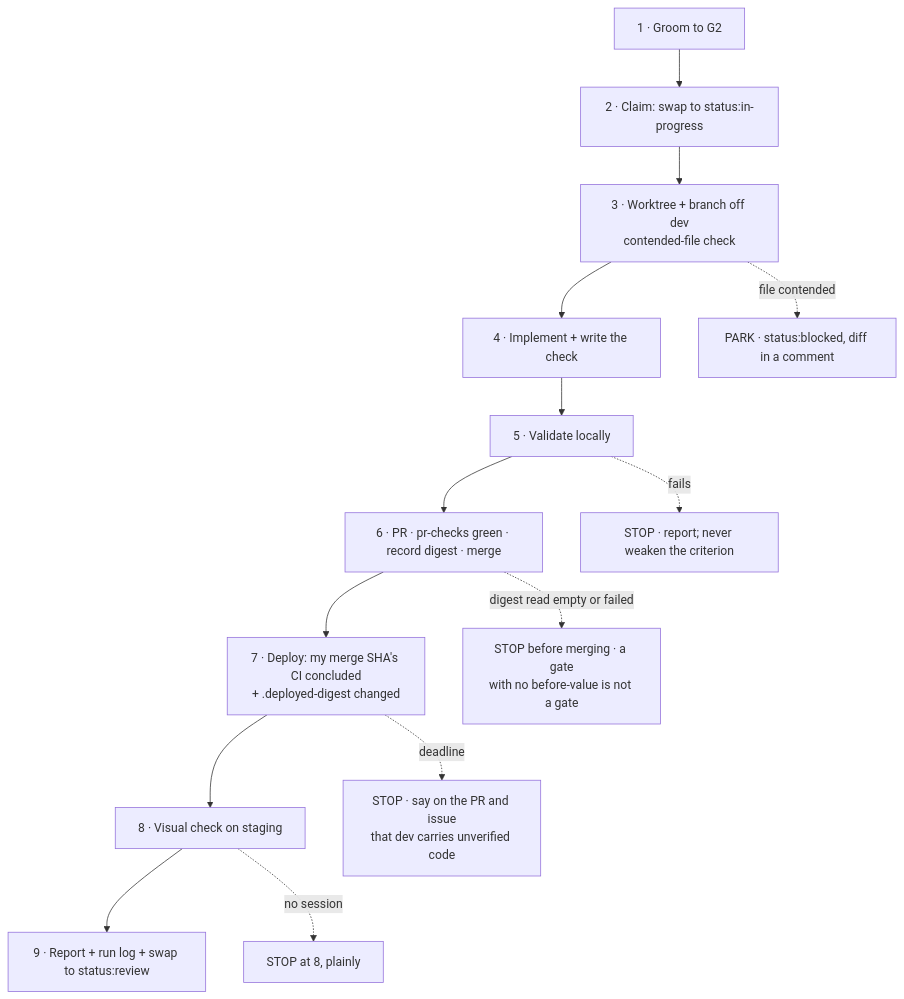
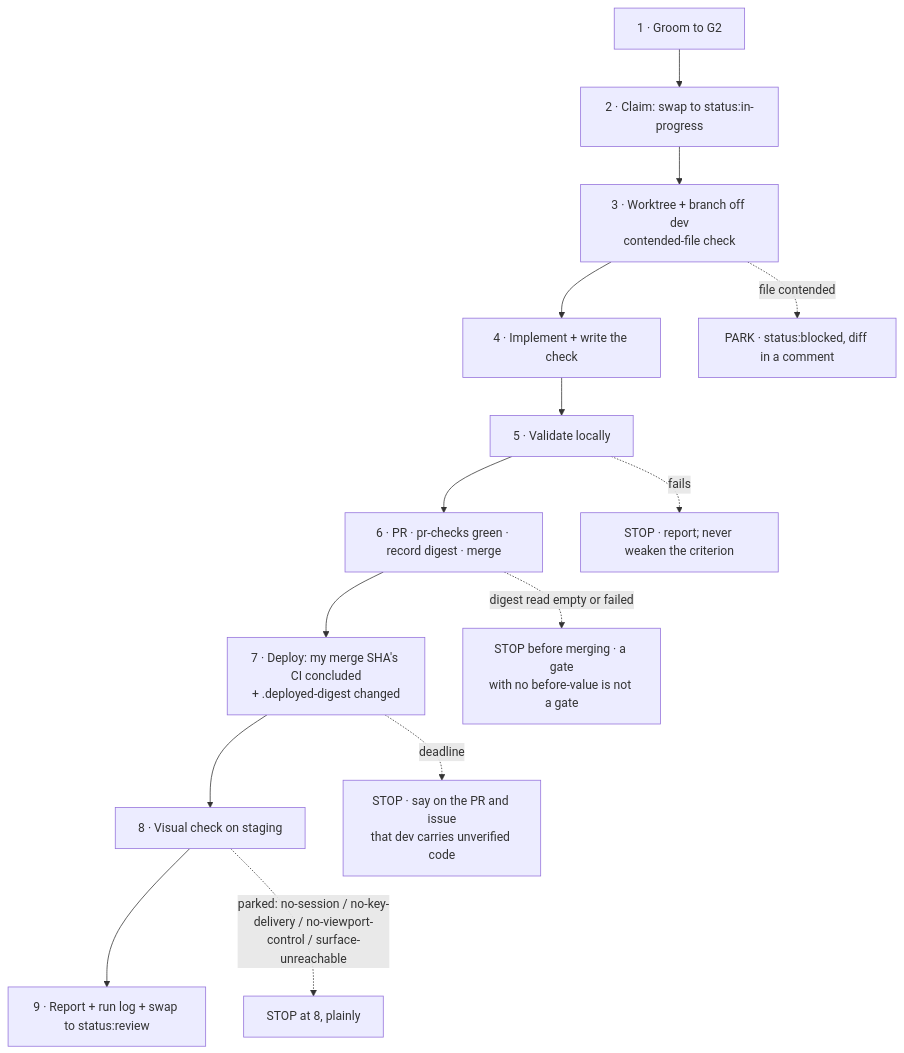
One commit to waqaskhan137/mdreview-service changed the diagram in docs/process/autonomous-run.md. Above: the diagram before and after it, drawn with Mermaid. The commit also changed other lines of this file and 1 other file, not shown here.

First line of the commit message:
docs(process): one stage-8 conclusion, permitted-headless half, taxonomy mermaid edge (#299)

````diff
--- a/docs/process/autonomous-run.md
+++ b/docs/process/autonomous-run.md
@@ -57,16 +57,16 @@
 ```mermaid
 flowchart TD
   S1["1 · Groom to G2"] --> S2["2 · Claim: swap to status:in-progress"]
   S2 --> S3["3 · Worktree + branch off dev<br/>contended-file check"]
   S3 --> S4["4 · Implement + write the check"]
   S4 --> S5["5 · Validate locally"]
   S5 --> S6["6 · PR · pr-checks green · record digest · merge"]
   S6 --> S7["7 · Deploy: my merge SHA's CI concluded<br/>+ .deployed-digest changed"]
   S7 --> S8["8 · Visual check on staging"]
   S8 --> S9["9 · Report + run log + swap to status:review"]
   S3 -.file contended.-> PARK["PARK · status:blocked, diff in a comment"]
   S5 -.fails.-> STOP["STOP · report; never weaken the criterion"]
   S6 -.digest read empty or failed.-> NODIGEST["STOP before merging · a gate<br/>with no before-value is not a gate"]
   S7 -.deadline.-> DEVNOTE["STOP · say on the PR and issue<br/>that dev carries unverified code"]
-  S8 -.no session.-> PARTIAL["STOP at 8, plainly"]
+  S8 -.parked: no-session / no-key-delivery / no-viewport-control / surface-unreachable.-> PARTIAL["STOP at 8, plainly"]
 ```
````
